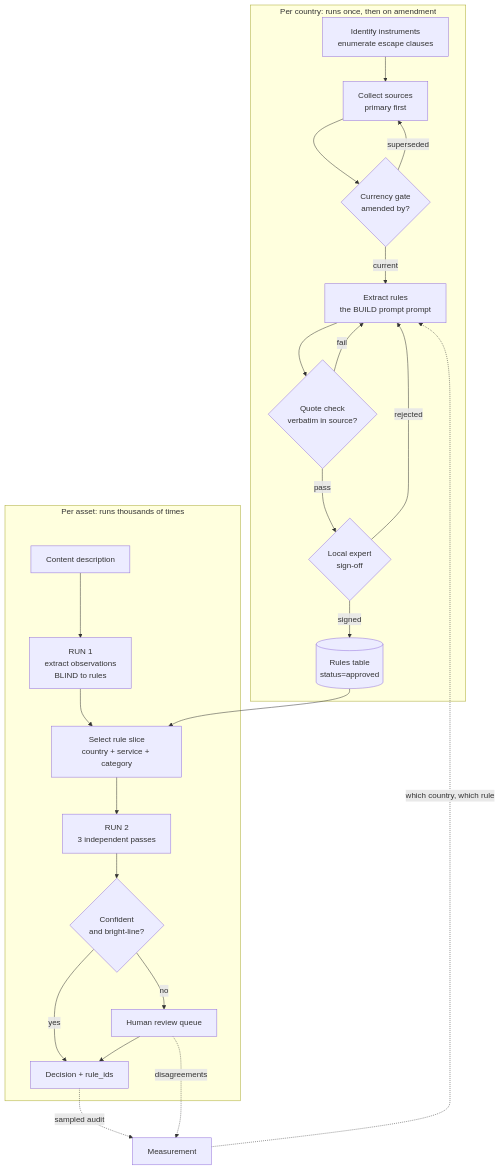
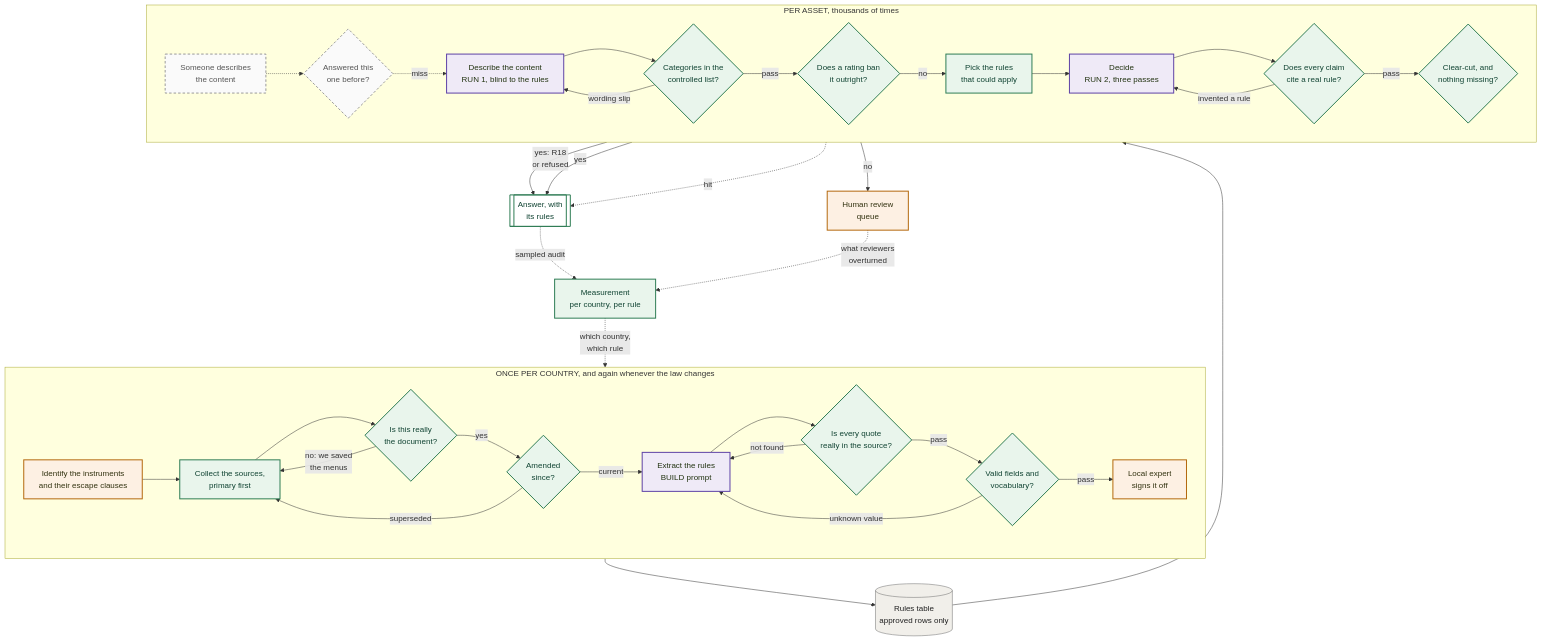
Before and after one commit to tpeckerman/paramount_assignment: the diagram in TASK2_SCALING.md, drawn with Mermaid. The commit also changed other lines of this file and 11 other files, not shown here.

````diff
--- a/TASK2_SCALING.md
+++ b/TASK2_SCALING.md
@@ -288,29 +299,67 @@
 ```mermaid
 flowchart TB
-    subgraph PC ["Per country: runs once, then on amendment"]
-        A1[Identify instruments<br/>enumerate escape clauses] --> A2[Collect sources<br/>primary first]
-        A2 --> A3{Currency gate<br/>amended by?}
-        A3 -- superseded --> A2
-        A3 -- current --> A4[Extract rules<br/>the BUILD prompt prompt]
-        A4 --> A5{Quote check<br/>verbatim in source?}
-        A5 -- fail --> A4
-        A5 -- pass --> A6{Local expert<br/>sign-off}
-        A6 -- rejected --> A4
-        A6 -- signed --> A7[(Rules table<br/>status=approved)]
+    subgraph PC ["ONCE PER COUNTRY, and again whenever the law changes"]
+        direction LR
+        A1["Identify the instruments<br/>and their escape clauses"]:::person
+        A2["Collect the sources,<br/>primary first"]:::det
+        A3{"Is this really<br/>the document?"}:::det
+        A4{"Amended<br/>since?"}:::det
+        A5["Extract the rules<br/>BUILD prompt"]:::ai
+        A6{"Is every quote<br/>really in the source?"}:::det
+        A7{"Valid fields and<br/>vocabulary?"}:::det
+        A8["Local expert<br/>signs it off"]:::person
+        A1 --> A2 --> A3
+        A3 -- "no: we saved<br/>the menus" --> A2
+        A3 -- yes --> A4
+        A4 -- superseded --> A2
+        A4 -- current --> A5 --> A6
+        A6 -- "not found" --> A5
+        A6 -- pass --> A7
+        A7 -- "unknown value" --> A5
+        A7 -- pass --> A8
     end
 
-    subgraph PD ["Per asset: runs thousands of times"]
-        B1[Content description] --> B2[RUN 1<br/>extract observations<br/>BLIND to rules]
-        B2 --> B3[Select rule slice<br/>country + service + category]
-        A7 --> B3
-        B3 --> B4[RUN 2<br/>3 independent passes]
-        B4 --> B5{Confident<br/>and bright-line?}
-        B5 -- yes --> B6[Decision + rule_ids]
-        B5 -- no --> B7[Human review queue]
-        B7 --> B6
+    DB[("Rules table<br/>approved rows only")]:::store
+    A8 --> DB
+
+    subgraph PD ["PER ASSET, thousands of times"]
+        direction LR
+        B0["Someone describes<br/>the content"]:::scope
+        B1{"Answered this<br/>one before?"}:::scope
+        B2["Describe the content<br/>RUN 1, blind to the rules"]:::ai
+        B3{"Categories in the<br/>controlled list?"}:::det
+        B4{"Does a rating ban<br/>it outright?"}:::det
+        B5["Pick the rules<br/>that could apply"]:::det
+        B6["Decide<br/>RUN 2, three passes"]:::ai
+        B7{"Does every claim<br/>cite a real rule?"}:::det
+        B8{"Clear-cut, and<br/>nothing missing?"}:::det
+        B0 -.-> B1
+        B1 -. miss .-> B2
+        B2 --> B3
+        B3 -- "wording slip" --> B2
+        B3 -- pass --> B4
+        B4 -- no --> B5 --> B6 --> B7
+        B7 -- "invented a rule" --> B6
+        B7 -- pass --> B8
     end
 
-    B7 -.disagreements.-> M[Measurement]
-    B6 -.sampled audit.-> M
-    M -.which country, which rule.-> A4
+    DB --> B5
+    OUT[["Answer, with<br/>its rules"]]:::out
+    HUM["Human review<br/>queue"]:::person
+    B4 -- "yes: R18<br/>or refused" --> OUT
+    B8 -- yes --> OUT
+    B8 -- no --> HUM
+    B1 -. hit .-> OUT
+
+    M["Measurement<br/>per country, per rule"]:::det
+    OUT -. "sampled audit" .-> M
+    HUM -. "what reviewers<br/>overturned" .-> M
+    M -. "which country,<br/>which rule" .-> A5
+
+    classDef det fill:#e9f5ec,stroke:#2f7d55,stroke-width:2px,color:#143
+    classDef ai fill:#efeaf7,stroke:#5e42a6,stroke-width:2px,color:#231
+    classDef person fill:#fdf0e3,stroke:#b4690e,stroke-width:2px,color:#331
+    classDef store fill:#f1efea,stroke:#6b6b6b,stroke-width:1px,color:#222
+    classDef out fill:#fff,stroke:#2f7d55,stroke-width:2px,color:#143
+    classDef scope fill:#fafafa,stroke:#9a9a9a,stroke-width:2px,stroke-dasharray:5 4,color:#555
 ```
````
